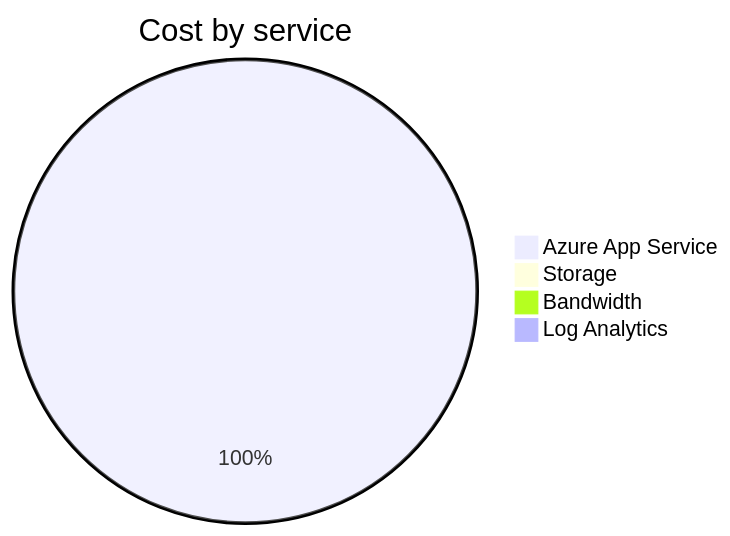
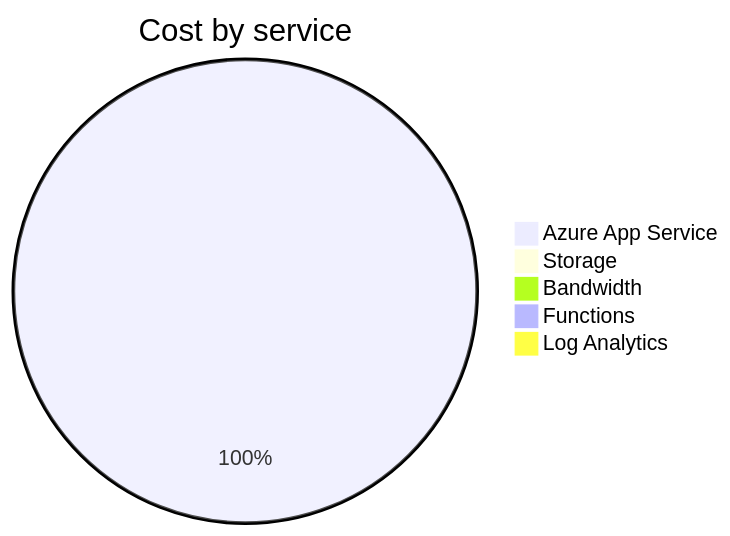
Before and after one commit to jpfulton/azure-personal-reports: the second of 4 diagrams in cost-reports/personal-site/README.md, drawn with Mermaid. The commit also changed other lines of this file and 6 other files, not shown here.

````diff
--- a/cost-reports/personal-site/README.md
+++ b/cost-reports/personal-site/README.md
@@ -96,8 +97,9 @@
 ```mermaid
 pie
    title Cost by service
-   "Azure App Service" : 3.50
+   "Azure App Service" : 4.09
    "Storage" : 0.01
    "Bandwidth" : 0.00
+   "Functions" : 0.00
    "Log Analytics" : 0.00
 ```
````
